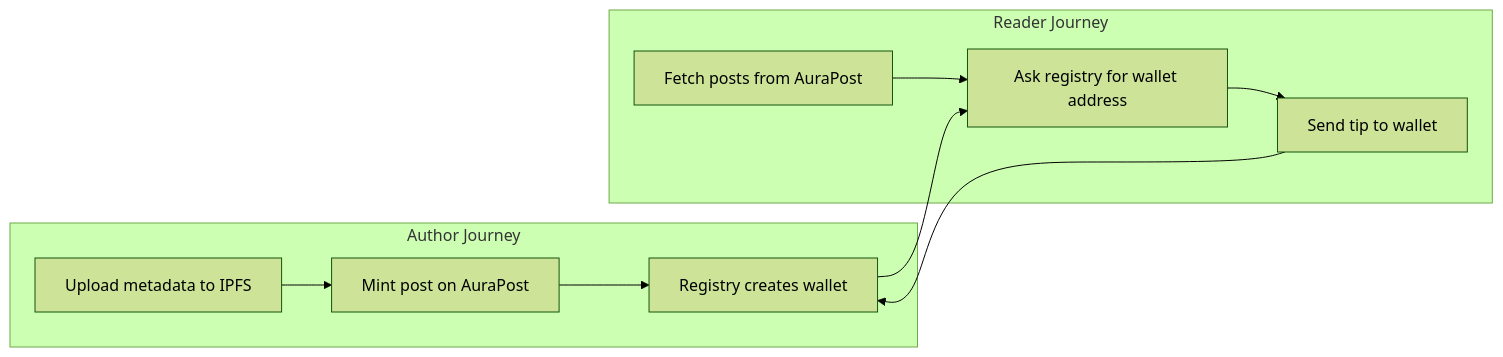
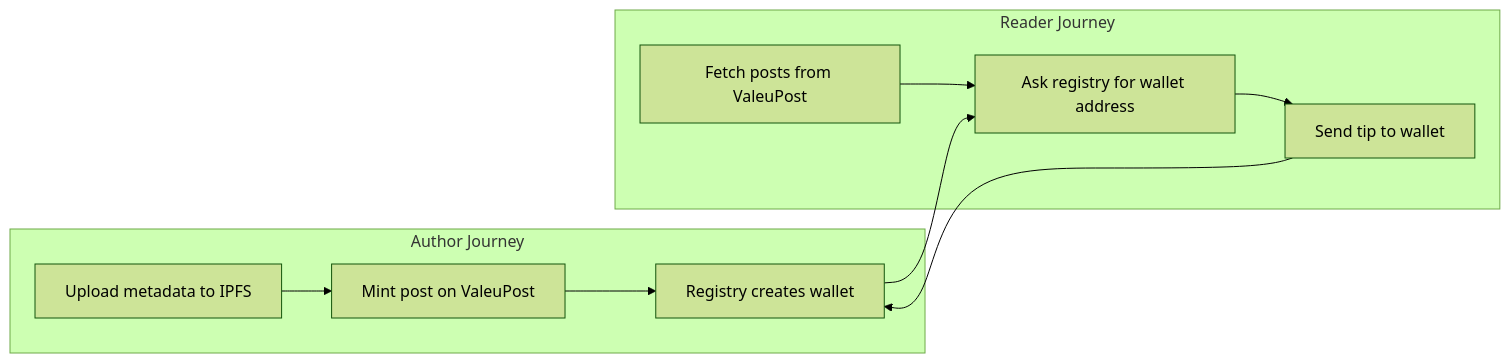
The second of 2 diagrams in docs/onchain-explainer.md (moritzfelipe/aura), drawn with Mermaid (forest theme) before and after one commit. The commit also changed other lines of this file and 21 other files, not shown here.

````diff
--- a/docs/onchain-explainer.md
+++ b/docs/onchain-explainer.md
@@ -50,17 +50,17 @@
 ```mermaid
 flowchart LR
     subgraph Author Journey
         A1[Upload metadata to IPFS]
-        A2[Mint post on AuraPost]
+        A2[Mint post on ValeuPost]
         A3[Registry creates wallet]
         A1 --> A2 --> A3
     end
     subgraph Reader Journey
-        R1[Fetch posts from AuraPost]
+        R1[Fetch posts from ValeuPost]
         R2[Ask registry for wallet address]
         R3[Send tip to wallet]
         R1 --> R2 --> R3
     end
     A3 --> R2
     R3 --> A3
 ```
````
